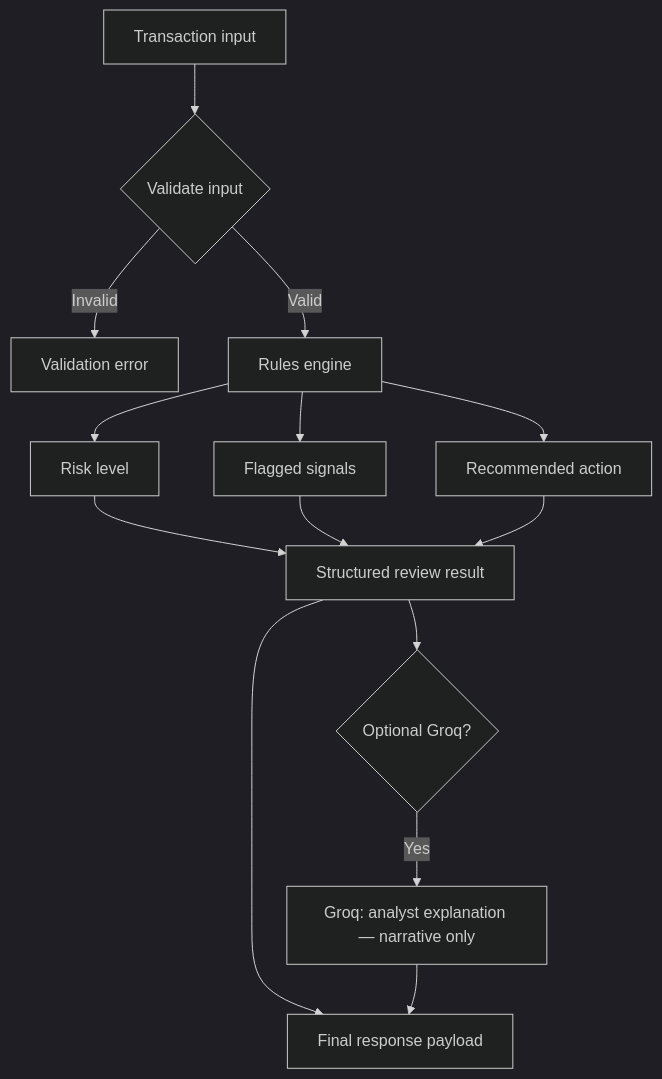
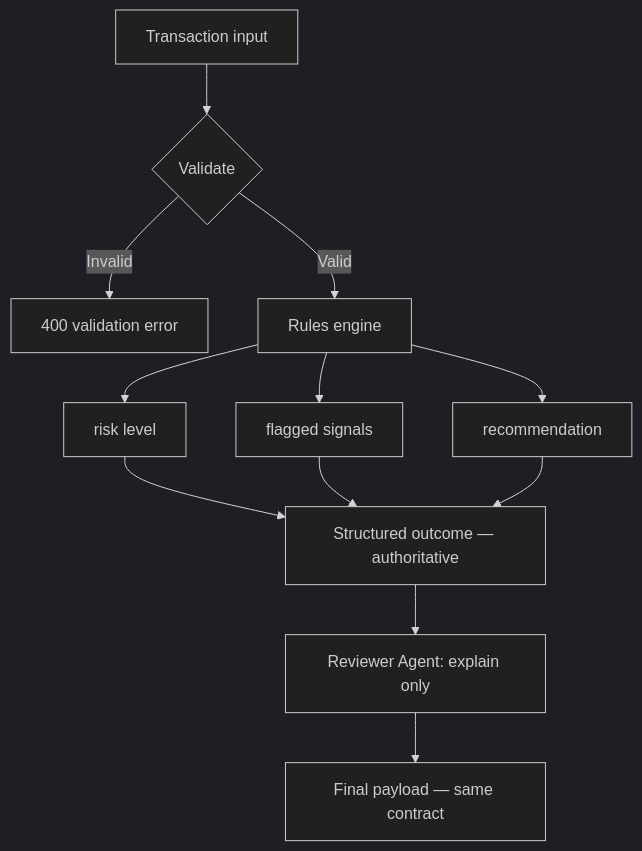
The fourth of 6 diagrams in README.md (Volodymyr199606/payment-risk-reviewer), drawn with Mermaid (dark theme) before and after one commit. The commit also changed other lines of this file and 4 other files, not shown here.

First line of the commit message:
Add Reviewer Agent orchestration, docs, and README architecture

````diff
--- a/README.md
+++ b/README.md
@@ -88,19 +108,17 @@
 ```mermaid
 flowchart TD
-    TI[Transaction input] --> V{Validate input}
-    V -->|Invalid| ERR[Validation error]
+    TI[Transaction input] --> V{Validate}
+    V -->|Invalid| ERR[400 validation error]
     V -->|Valid| RE[Rules engine]
 
-    RE --> RL[Risk level]
-    RE --> FS[Flagged signals]
-    RE --> RA[Recommended action]
+    RE --> RL[risk level]
+    RE --> FS[flagged signals]
+    RE --> RA[recommendation]
 
-    RL --> SRR[Structured review result]
+    RL --> SRR[Structured outcome — authoritative]
     FS --> SRR
     RA --> SRR
 
-    SRR --> MERGE[Final response payload]
-    SRR --> G{Optional Groq?}
-    G -->|Yes| LLM[Groq: analyst explanation — narrative only]
-    LLM --> MERGE
+    SRR --> AG[Reviewer Agent: explain only]
+    AG --> OUT[Final payload — same contract]
 ```
````
